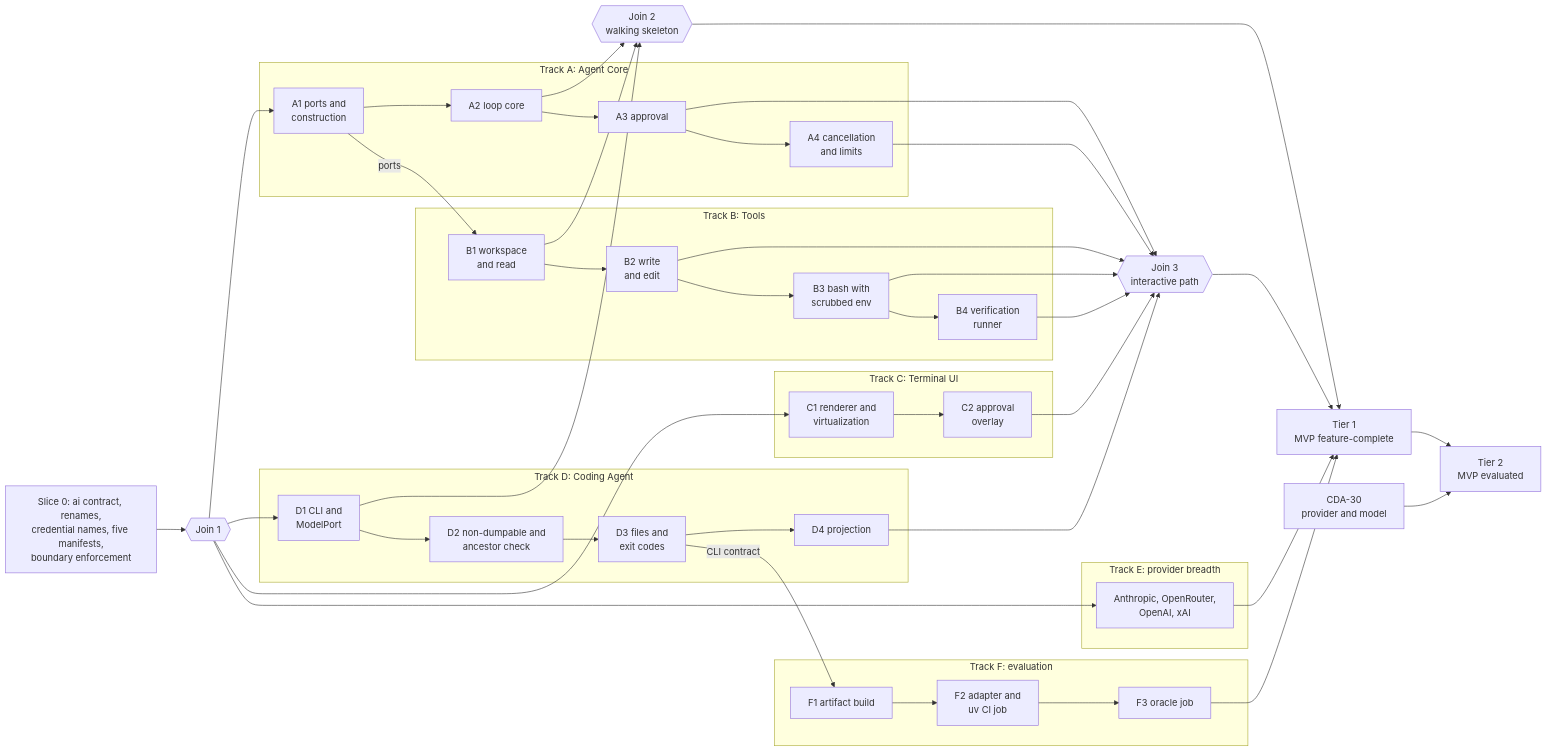
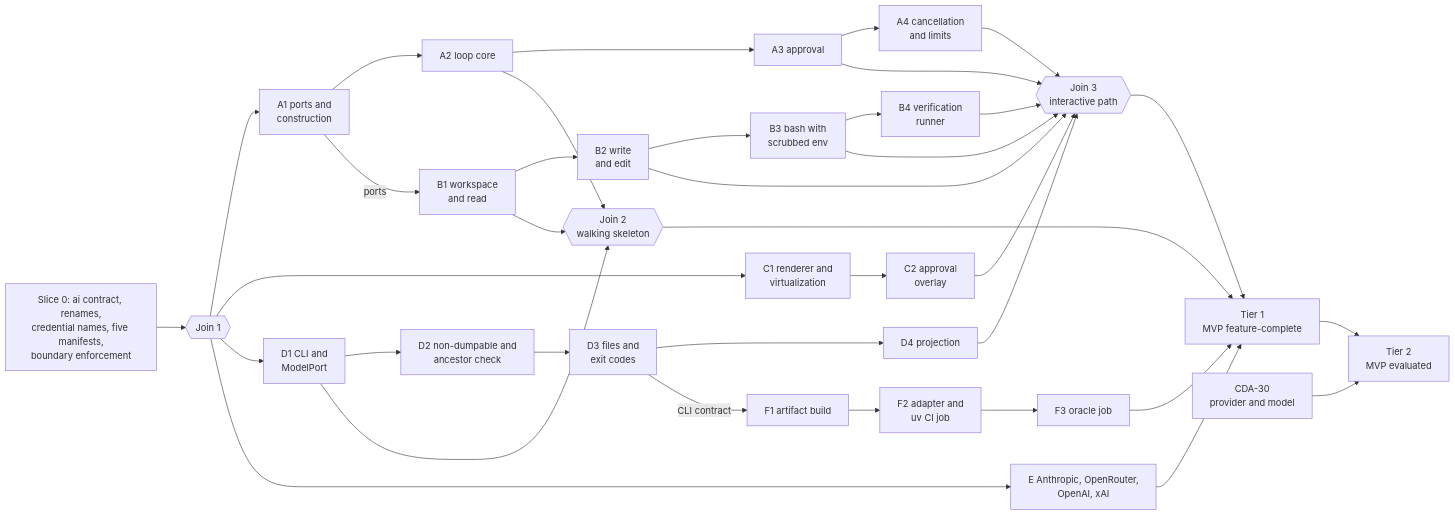
Before and after one commit to quangdat2511/coding-agent: the diagram in docs/adr/0006-implementation-order-and-mvp-completion-checklist.md, drawn with Mermaid. The commit also changed other lines of this file, not shown here.

Commit message:
CDA-22 docs: render the slice graph without subgraph clusters

````diff
--- a/docs/adr/0006-implementation-order-and-mvp-completion-checklist.md
+++ b/docs/adr/0006-implementation-order-and-mvp-completion-checklist.md
@@ -71,61 +72,39 @@
 ```mermaid
 flowchart LR
   S0["Slice 0: ai contract, renames,<br/>credential names, five manifests,<br/>boundary enforcement"]
   J1{{"Join 1"}}
   J2{{"Join 2<br/>walking skeleton"}}
   J3{{"Join 3<br/>interactive path"}}
   T1["Tier 1<br/>MVP feature-complete"]
   T2["Tier 2<br/>MVP evaluated"]
   X30["CDA-30<br/>provider and model"]
-
-  subgraph TA["Track A: Agent Core"]
-    A1["A1 ports and<br/>construction"] --> A2["A2 loop core"] --> A3["A3 approval"] --> A4["A4 cancellation<br/>and limits"]
-  end
-
-  subgraph TB["Track B: Tools"]
-    B1["B1 workspace<br/>and read"] --> B2["B2 write<br/>and edit"] --> B3["B3 bash with<br/>scrubbed env"] --> B4["B4 verification<br/>runner"]
-  end
-
-  subgraph TC["Track C: Terminal UI"]
-    C1["C1 renderer and<br/>virtualization"] --> C2["C2 approval<br/>overlay"]
-  end
-
-  subgraph TD["Track D: Coding Agent"]
-    D1["D1 CLI and<br/>ModelPort"] --> D2["D2 non-dumpable and<br/>ancestor check"] --> D3["D3 files and<br/>exit codes"] --> D4["D4 projection"]
-  end
-
-  subgraph TE["Track E: provider breadth"]
-    E1["Anthropic, OpenRouter,<br/>OpenAI, xAI"]
-  end
-
-  subgraph TF["Track F: evaluation"]
-    F1["F1 artifact build"] --> F2["F2 adapter and<br/>uv CI job"] --> F3["F3 oracle job"]
-  end
-
+  A1["A1 ports and<br/>construction"] --> A2["A2 loop core"] --> A3["A3 approval"] --> A4["A4 cancellation<br/>and limits"]
+  B1["B1 workspace<br/>and read"] --> B2["B2 write<br/>and edit"] --> B3["B3 bash with<br/>scrubbed env"] --> B4["B4 verification<br/>runner"]
+  C1["C1 renderer and<br/>virtualization"] --> C2["C2 approval<br/>overlay"]
+  D1["D1 CLI and<br/>ModelPort"] --> D2["D2 non-dumpable and<br/>ancestor check"] --> D3["D3 files and<br/>exit codes"] --> D4["D4 projection"]
+  E1["E Anthropic, OpenRouter,<br/>OpenAI, xAI"]
+  F1["F1 artifact build"] --> F2["F2 adapter and<br/>uv CI job"] --> F3["F3 oracle job"]
   S0 --> J1
   J1 --> A1
   J1 --> C1
   J1 --> D1
   J1 --> E1
   A1 -->|ports| B1
   D3 -->|CLI contract| F1
-
   A2 --> J2
   B1 --> J2
   D1 --> J2
-
   A3 --> J3
   A4 --> J3
   B2 --> J3
   B3 --> J3
   B4 --> J3
   C2 --> J3
   D4 --> J3
-
   J2 --> T1
   J3 --> T1
   E1 --> T1
   F3 --> T1
   T1 --> T2
   X30 --> T2
 ```
````
